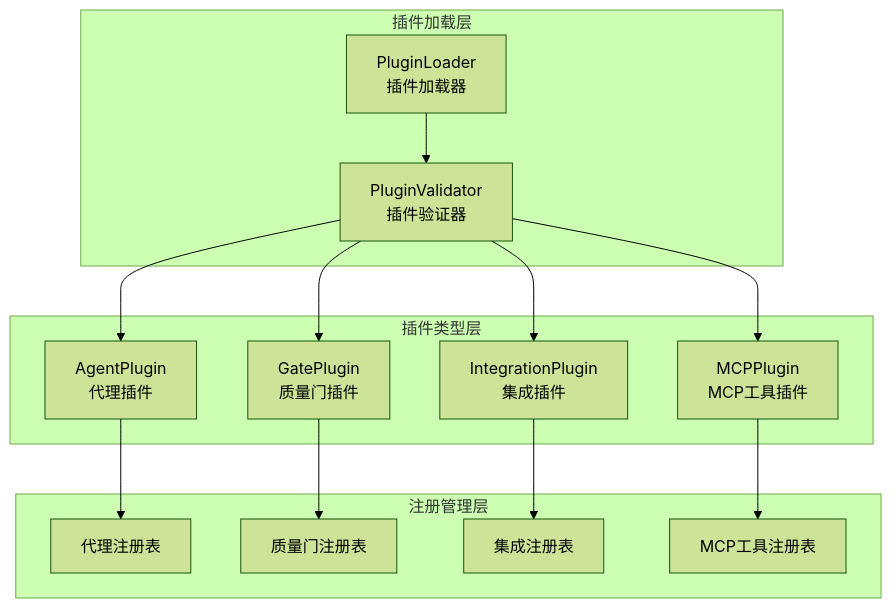
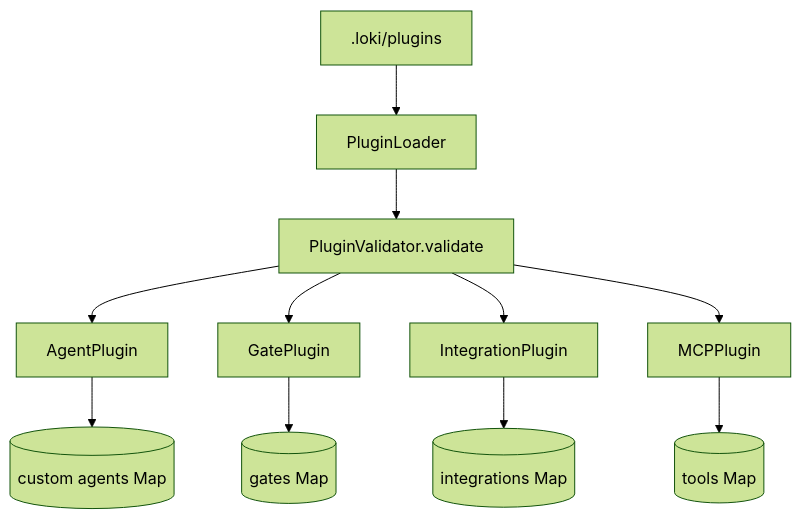
Before and after one commit to nerdneilsfield/code-wiki-pages: the first of 3 diagrams in public/loki-mode-docs/Plugin System.md, drawn with Mermaid (forest theme). The commit also changed other lines of this file and 399 other files, not shown here.

````diff
--- a/public/loki-mode-docs/Plugin System.md
+++ b/public/loki-mode-docs/Plugin System.md
@@ -11,32 +41,14 @@
 ```mermaid
-graph TB
-    subgraph "插件加载层"
-        PluginLoader[PluginLoader<br/>插件加载器]
-        PluginValidator[PluginValidator<br/>插件验证器]
-    end
-    
-    subgraph "插件类型层"
-        AgentPlugin[AgentPlugin<br/>代理插件]
-        GatePlugin[GatePlugin<br/>质量门插件]
-        IntegrationPlugin[IntegrationPlugin<br/>集成插件]
-        MCPPlugin[MCPPlugin<br/>MCP工具插件]
-    end
-    
-    subgraph "注册管理层"
-        AgentRegistry[代理注册表]
-        GateRegistry[质量门注册表]
-        IntegrationRegistry[集成注册表]
-        MCPRegistry[MCP工具注册表]
-    end
-    
-    PluginLoader --> PluginValidator
-    PluginValidator --> AgentPlugin
-    PluginValidator --> GatePlugin
-    PluginValidator --> IntegrationPlugin
-    PluginValidator --> MCPPlugin
-    
-    AgentPlugin --> AgentRegistry
-    GatePlugin --> GateRegistry
-    IntegrationPlugin --> IntegrationRegistry
-    MCPPlugin --> MCPRegistry
+graph TD
+    A[.loki/plugins] --> B[PluginLoader]
+    B --> C[PluginValidator.validate]
+    C --> D[AgentPlugin]
+    C --> E[GatePlugin]
+    C --> F[IntegrationPlugin]
+    C --> G[MCPPlugin]
+
+    D --> H[(custom agents Map)]
+    E --> I[(gates Map)]
+    F --> J[(integrations Map)]
+    G --> K[(tools Map)]
 ```
````
